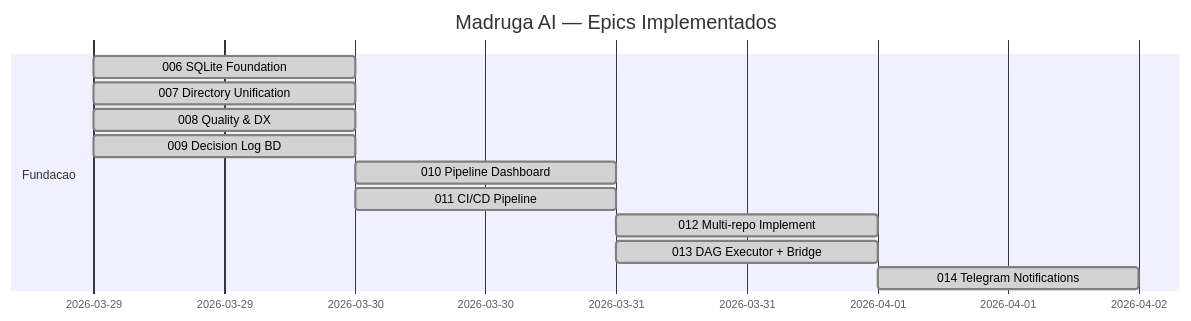
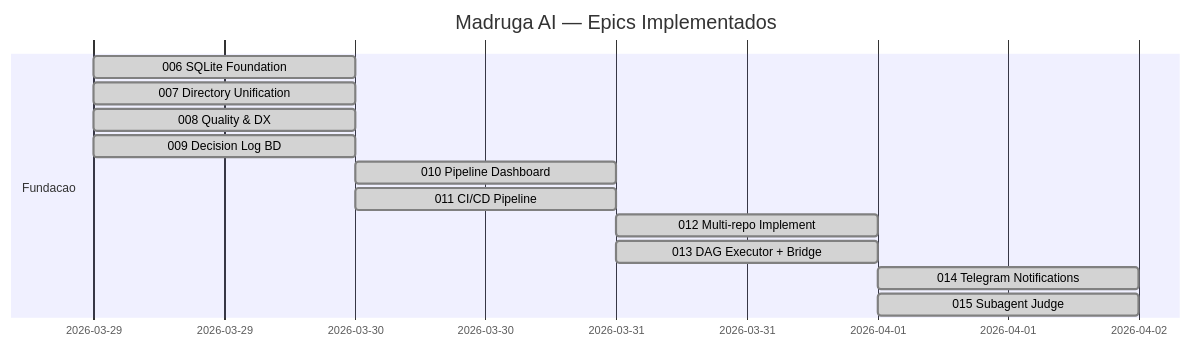
The first of 3 diagrams in platforms/madruga-ai/planning/roadmap.md (paceautomations/madruga.ai), drawn with Mermaid before and after one commit. The commit also changed other lines of this file and 26 other files, not shown here.

First line of the commit message:
feat: epic 015 subagent judge — tech-reviewers 4 personas + decision classifier

````diff
--- a/platforms/madruga-ai/planning/roadmap.md
+++ b/platforms/madruga-ai/planning/roadmap.md
@@ -33,15 +33,16 @@
 ```mermaid
 gantt
     title Madruga AI — Epics Implementados
     dateFormat YYYY-MM-DD
     section Fundacao
     006 SQLite Foundation       :done, e006, 2026-03-29, 1d
     007 Directory Unification   :done, e007, 2026-03-29, 1d
     008 Quality & DX            :done, e008, 2026-03-29, 1d
     009 Decision Log BD         :done, e009, 2026-03-29, 1d
     010 Pipeline Dashboard      :done, e010, 2026-03-30, 1d
     011 CI/CD Pipeline          :done, e011, 2026-03-30, 1d
     012 Multi-repo Implement   :done, e012, 2026-03-31, 1d
     013 DAG Executor + Bridge    :done, e013, 2026-03-31, 1d
     014 Telegram Notifications   :done, e014, 2026-04-01, 1d
+    015 Subagent Judge           :done, e015, 2026-04-01, 1d
 ```
````
